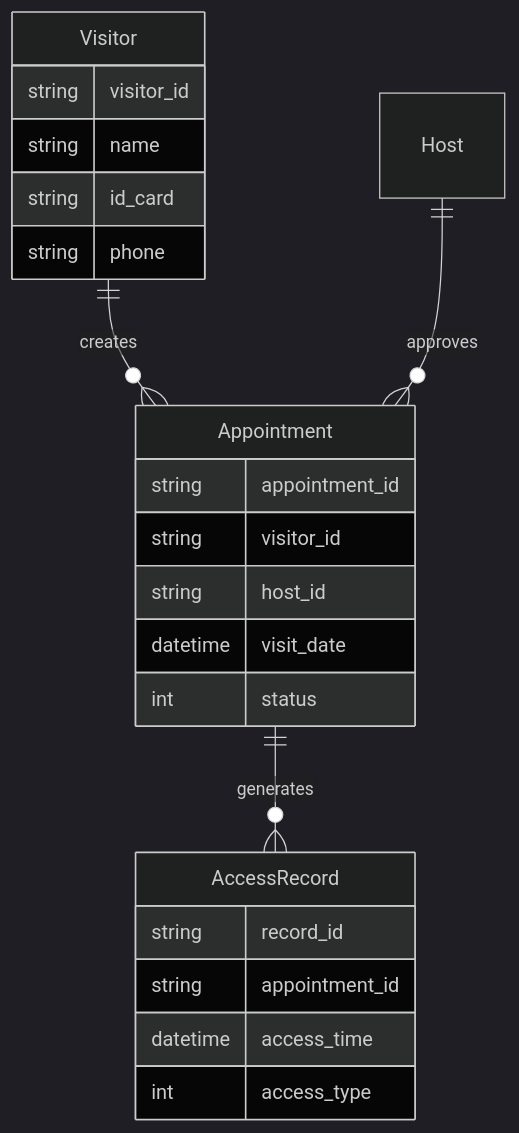
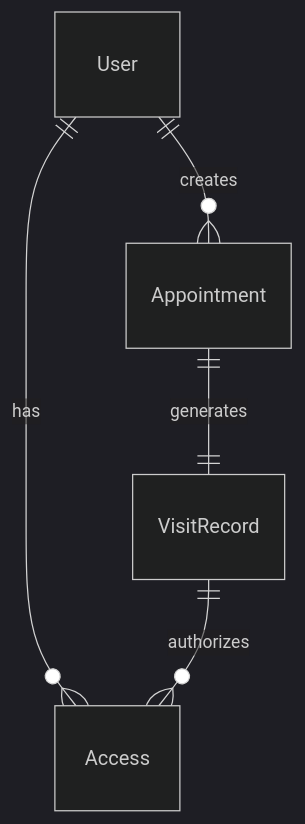
Before and after one commit to yuhaibao39/n8ndeploy: the first of 3 diagrams in devel/outlinedesign.md, drawn with Mermaid (dark theme). The commit also changed other lines of this file, not shown here.

````diff
--- a/devel/outlinedesign.md
+++ b/devel/outlinedesign.md
@@ -42,28 +42,7 @@
 ```mermaid
 erDiagram
-    Visitor ||--o{ Appointment : creates
-    Appointment ||--o{ AccessRecord : generates
-    Host ||--o{ Appointment : approves
-    
-    Visitor {
-        string visitor_id
-        string name
-        string id_card
-        string phone
-    }
-    
-    Appointment {
-        string appointment_id
-        string visitor_id
-        string host_id
-        datetime visit_date
-        int status
-    }
-    
-    AccessRecord {
-        string record_id
-        string appointment_id
-        datetime access_time
-        int access_type
-    }
+    User ||--o{ Appointment : creates
+    Appointment ||--|| VisitRecord : generates
+    User ||--o{ Access : has
+    VisitRecord ||--o{ Access : authorizes
 ```
````
